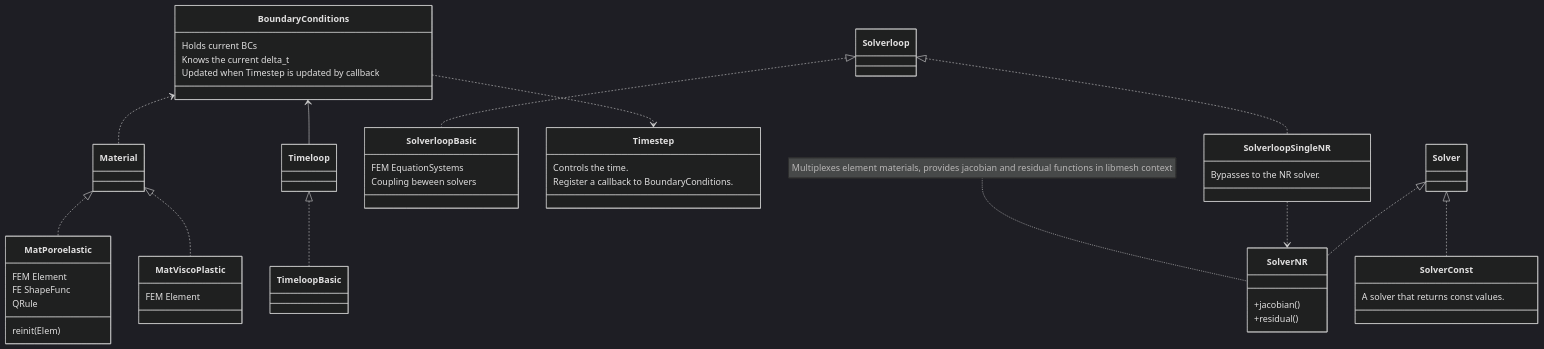
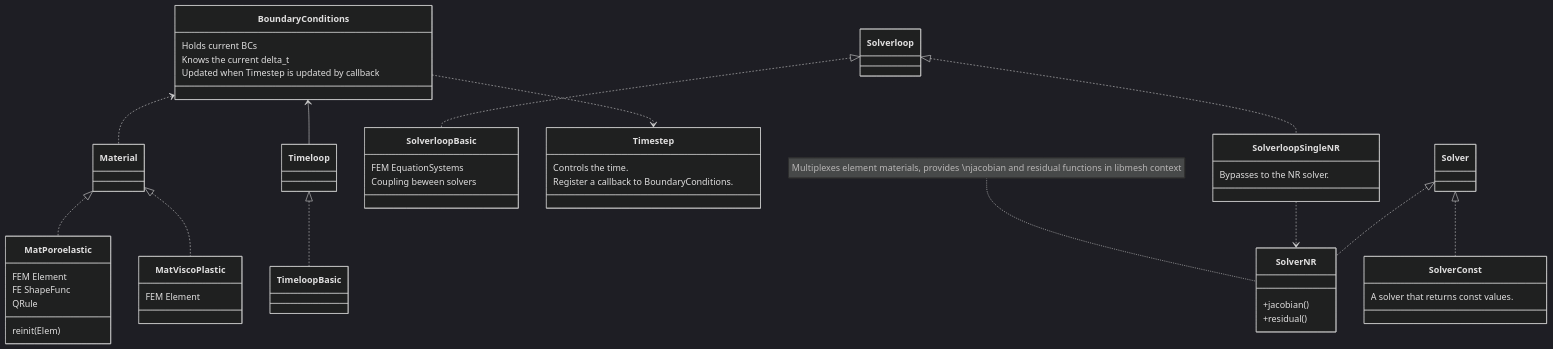
Before and after one commit to rebpoli/harpy: the second of 2 diagrams in doc/Description.md, drawn with Mermaid (dark theme).

````diff
--- a/doc/Description.md
+++ b/doc/Description.md
@@ -76,66 +76,66 @@
 ```mermaid
 classDiagram
     BoundaryConditions <.. Material
     BoundaryConditions <-- Timeloop
 
     Solverloop <|.. SolverloopBasic
 
     class SolverConst { A solver that returns const values.  }
 
     class Timestep {
         Controls the time.
         Register a callback to BoundaryConditions.
     }
     class BoundaryConditions { 
         Holds current BCs
         Knows the current delta_t
         Updated when Timestep is updated by callback
     }
     BoundaryConditions ..> Timestep
 
 %% Implementations
     class SolverloopBasic {
         FEM EquationSystems
         Coupling beween solvers
     }
 
     class MatViscoPlastic { FEM Element }
 
     class MatPoroelastic {
         FEM Element 
         FE ShapeFunc
         QRule
         reinit(Elem)
     }
 
     class SolverloopSingleNR { Bypasses to the NR solver. } 
     class SolverNR { 
         +jacobian()
         +residual()
         }
-        note for SolverNR "Multiplexes element materials, provides jacobian and residual functions in libmesh context"
+        note for SolverNR "Multiplexes element materials, provides \njacobian and residual functions in libmesh context"
 
 %% Dependencies
 
     SolverloopSingleNR ..> SolverNR
 
 %% Interfaces << implementations
     Timeloop <|.. TimeloopBasic
     Material <|.. MatPoroelastic
     Material <|.. MatViscoPlastic
     Solverloop <|.. SolverloopSingleNR
     Solver <|.. SolverNR
     Solver <|.. SolverConst
 
 
 %%
 %% classA <|-- classB    // Inheritance (B inherits from A)
 %% classA <|.. classB    // Implementation (B implements A)
 %% classA *-- classB     // Composition (B is part of A)
 %% classA o-- classB     // Aggregation (B is used by A)
 %% classA --> classB     // Association (A references B)
 %% classA ..> classB     // Dependency (A depends on B)
 %% classA ..|> classB    // Realization (B realizes A)
 %% classA <--> classB    // Bidirectional association
 
 ```
````
